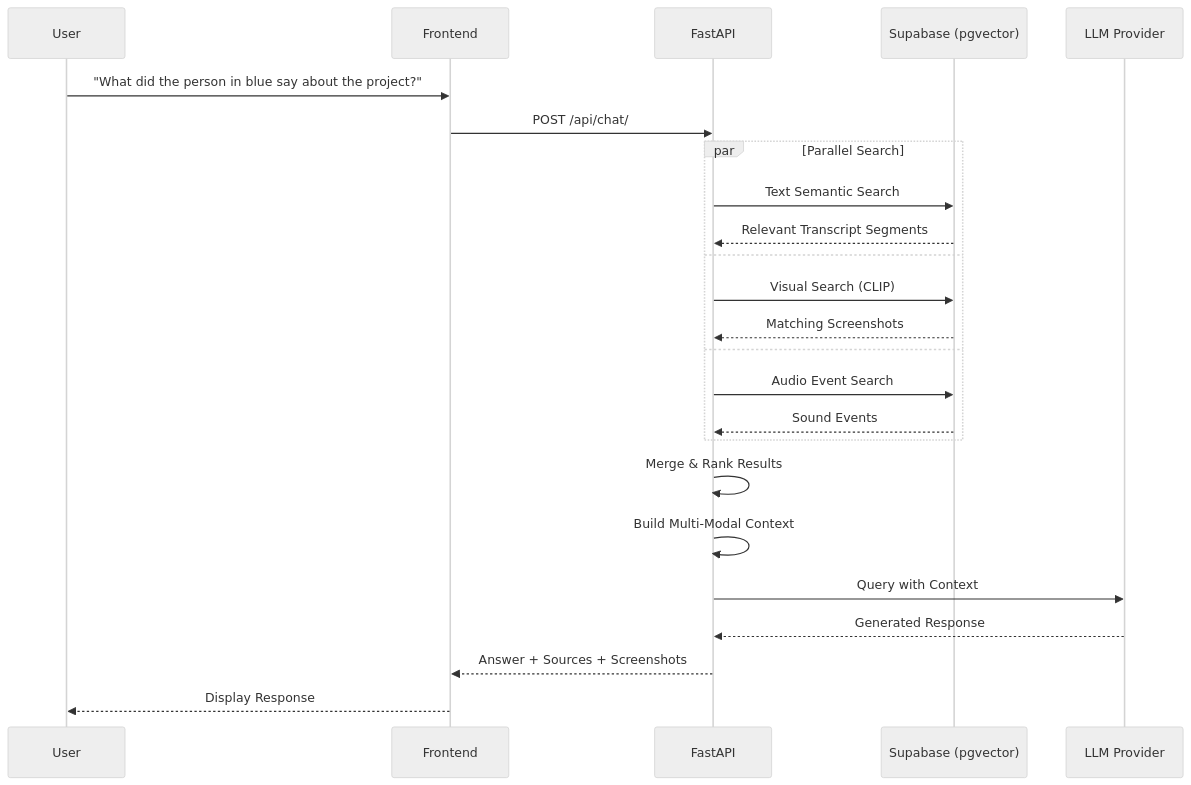
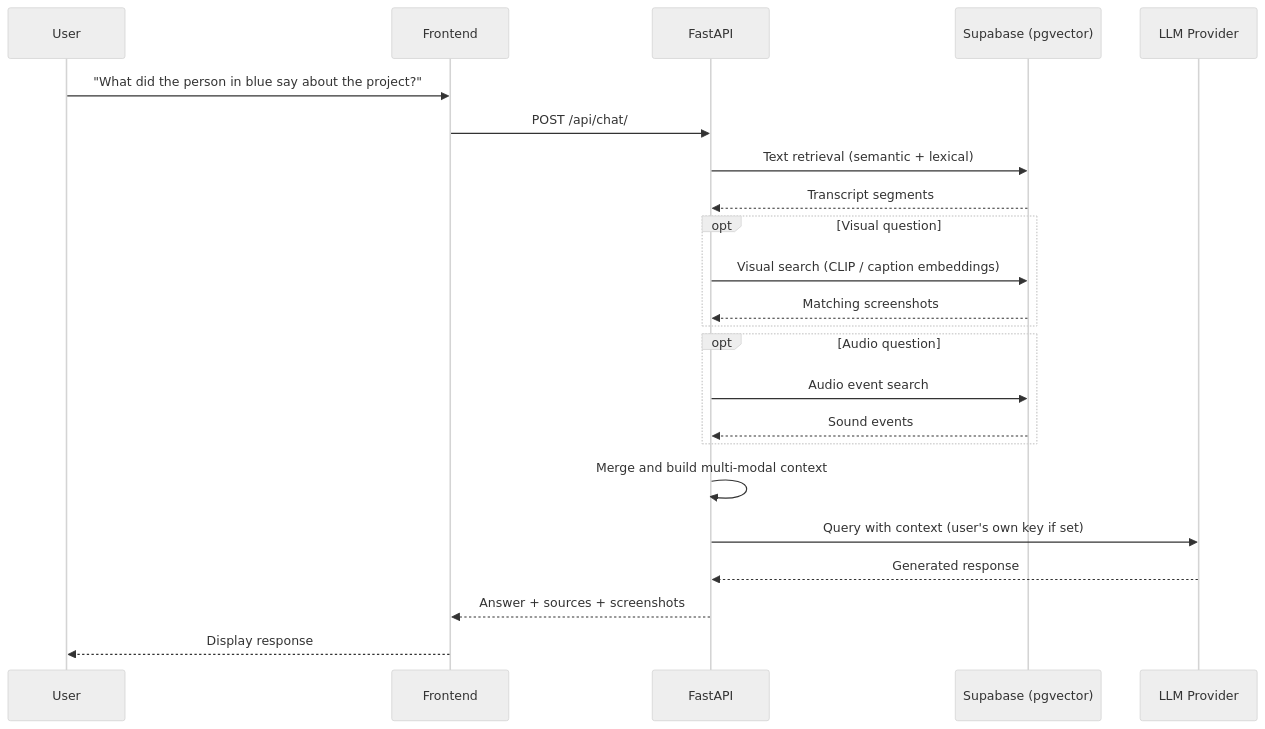
Before and after one commit to Ugur22/ai-subtitles: the third of 4 diagrams in docs/ARCHITECTURE.md, drawn with Mermaid (neutral theme). The commit also changed other lines of this file and 1 other file, not shown here.

First line of the commit message:
Refresh README and ARCHITECTURE docs to match the current system

````diff
--- a/docs/ARCHITECTURE.md
+++ b/docs/ARCHITECTURE.md
@@ -118,30 +106,29 @@
 ```mermaid
 sequenceDiagram
     participant U as User
     participant FE as Frontend
     participant API as FastAPI
     participant SB as Supabase (pgvector)
     participant LLM as LLM Provider
 
     U->>FE: "What did the person in blue say about the project?"
     FE->>API: POST /api/chat/
 
-    par Parallel Search
-        API->>SB: Text Semantic Search
-        SB-->>API: Relevant Transcript Segments
-    and
-        API->>SB: Visual Search (CLIP)
-        SB-->>API: Matching Screenshots
-    and
-        API->>SB: Audio Event Search
-        SB-->>API: Sound Events
+    API->>SB: Text retrieval (semantic + lexical)
+    SB-->>API: Transcript segments
+    opt Visual question
+        API->>SB: Visual search (CLIP / caption embeddings)
+        SB-->>API: Matching screenshots
+    end
+    opt Audio question
+        API->>SB: Audio event search
+        SB-->>API: Sound events
     end
 
-    API->>API: Merge & Rank Results
-    API->>API: Build Multi-Modal Context
-    API->>LLM: Query with Context
-    LLM-->>API: Generated Response
+    API->>API: Merge and build multi-modal context
+    API->>LLM: Query with context (user's own key if set)
+    LLM-->>API: Generated response
 
-    API-->>FE: Answer + Sources + Screenshots
-    FE-->>U: Display Response
+    API-->>FE: Answer + sources + screenshots
+    FE-->>U: Display response
 ```
````
